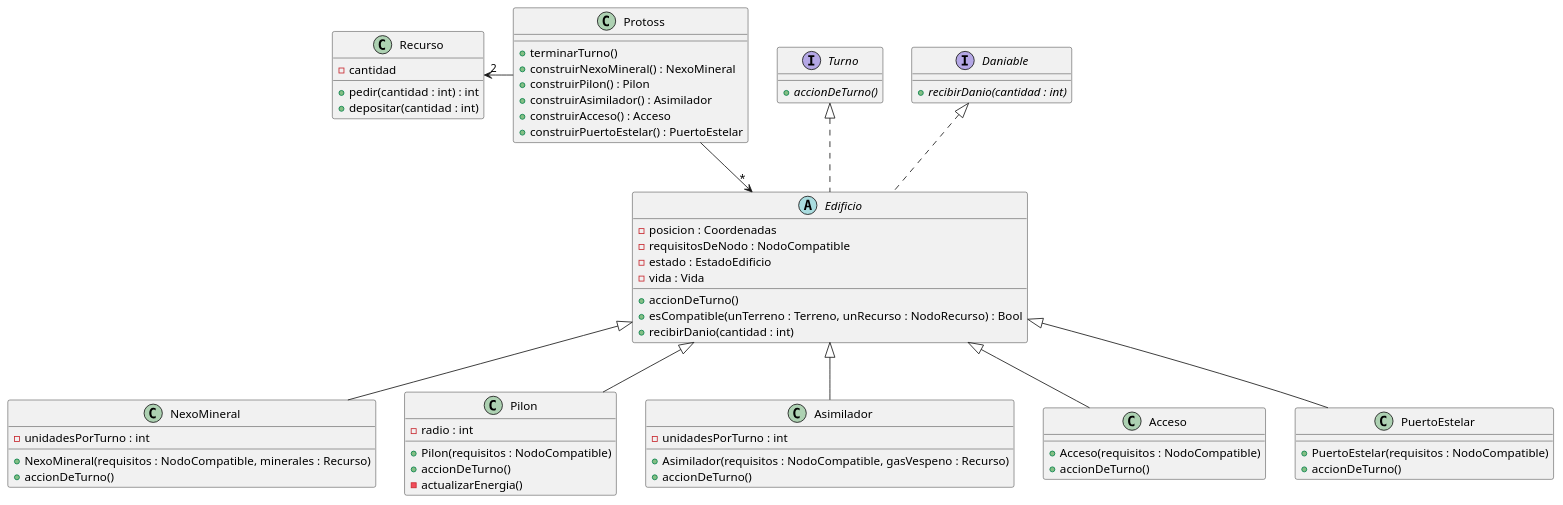
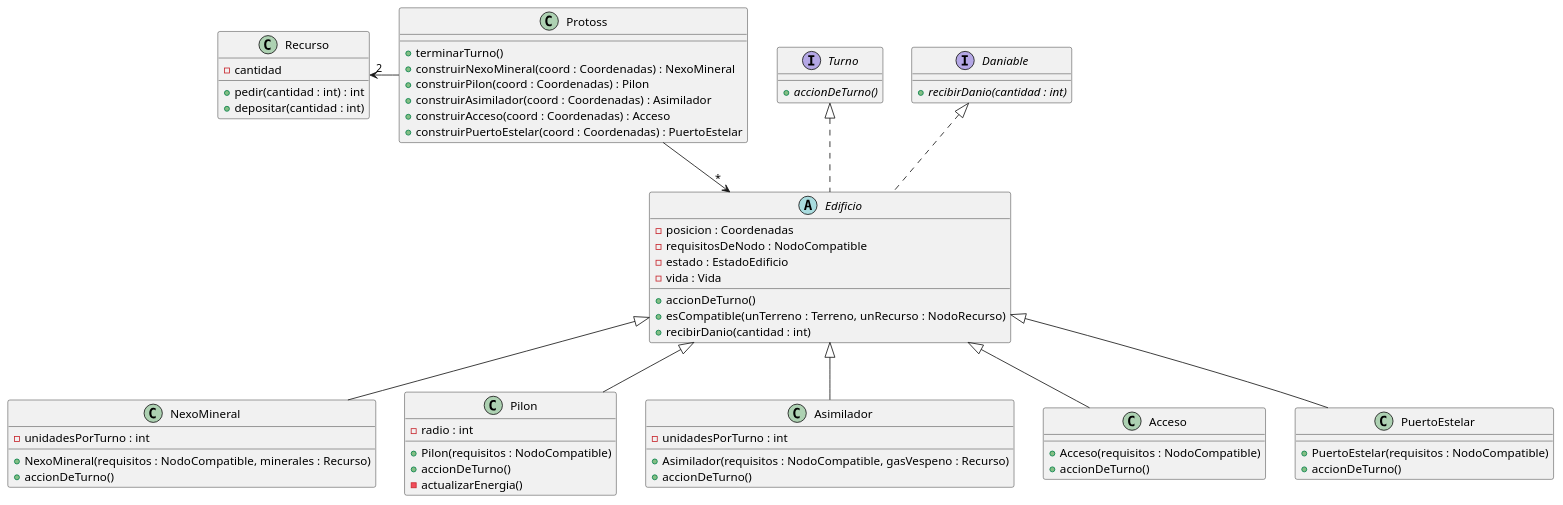
The diagram in diagrams/classes/protoss.plantuml (gabrielzitelli/Algo3_TP2_AlgoStar), drawn with PlantUML before and after one commit. The commit also changed 15 other files, not shown here.

Commit message:
Subida de la parte de NexoMineral del Caso de uso 7, codigo para que pase la prueba y actualizacion umls

```diff
--- a/diagrams/classes/protoss.plantuml
+++ b/diagrams/classes/protoss.plantuml
@@ -1,78 +1,78 @@
 @startuml
 
 class Protoss {
     + terminarTurno()
-    + construirNexoMineral() : NexoMineral
-    + construirPilon() : Pilon
-    + construirAsimilador() : Asimilador
-    + construirAcceso() : Acceso
-    + construirPuertoEstelar() : PuertoEstelar
+    + construirNexoMineral(coord : Coordenadas) : NexoMineral
+    + construirPilon(coord : Coordenadas) : Pilon
+    + construirAsimilador(coord : Coordenadas) : Asimilador
+    + construirAcceso(coord : Coordenadas) : Acceso
+    + construirPuertoEstelar(coord : Coordenadas) : PuertoEstelar
 }
 
 class Recurso {
     - cantidad
     + pedir(cantidad : int) : int
     + depositar(cantidad : int)
 }
 
 abstract class Edificio {
     - posicion : Coordenadas
     - requisitosDeNodo : NodoCompatible
     - estado : EstadoEdificio
     - vida : Vida
     + accionDeTurno()
-    + esCompatible(unTerreno : Terreno, unRecurso : NodoRecurso) : Bool
+    + esCompatible(unTerreno : Terreno, unRecurso : NodoRecurso)
     + recibirDanio(cantidad : int)
 }
 
 interface Turno {
     {abstract} + accionDeTurno()
 }
 
 interface Daniable {
     {abstract} + recibirDanio(cantidad : int)
 }
 
 class NexoMineral {
     - unidadesPorTurno : int
     + NexoMineral(requisitos : NodoCompatible, minerales : Recurso)
     + accionDeTurno()
 }
 
 class Pilon {
     - radio : int
     + Pilon(requisitos : NodoCompatible)
     + accionDeTurno()
     - actualizarEnergia()
 }
 
 class Asimilador {
     - unidadesPorTurno : int
     + Asimilador(requisitos : NodoCompatible, gasVespeno : Recurso)
     + accionDeTurno()
 }
 
 class Acceso {
     + Acceso(requisitos : NodoCompatible)
     + accionDeTurno()
 }
 
 class PuertoEstelar {
     + PuertoEstelar(requisitos : NodoCompatible)
     + accionDeTurno()
 }
 
 
 Protoss -left> "2" Recurso
 Protoss --> "*" Edificio
 
 Turno <|.. Edificio
 Daniable <|.. Edificio
 
 Edificio <|-- NexoMineral
 Edificio <|-- Pilon
 Edificio <|-- Asimilador
 Edificio <|-- Acceso
 Edificio <|-- PuertoEstelar
 
 @enduml
```
